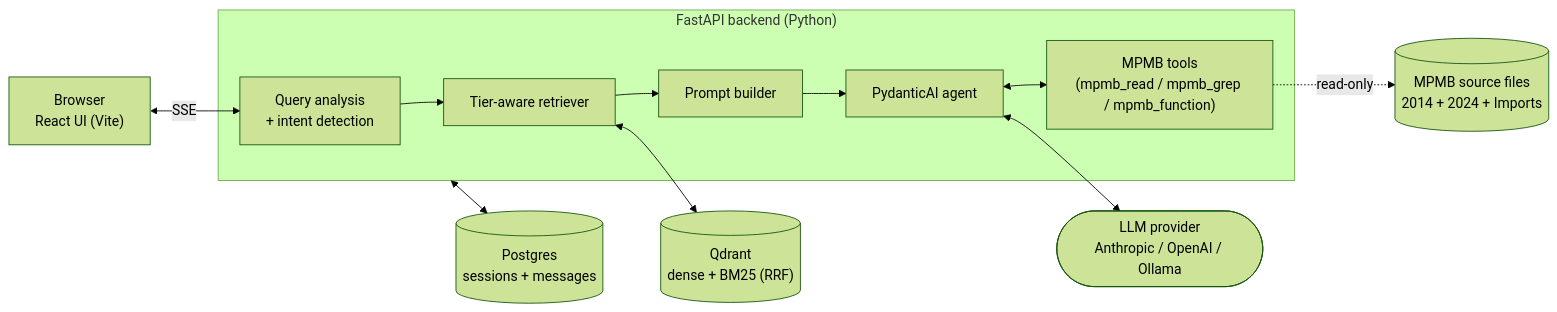
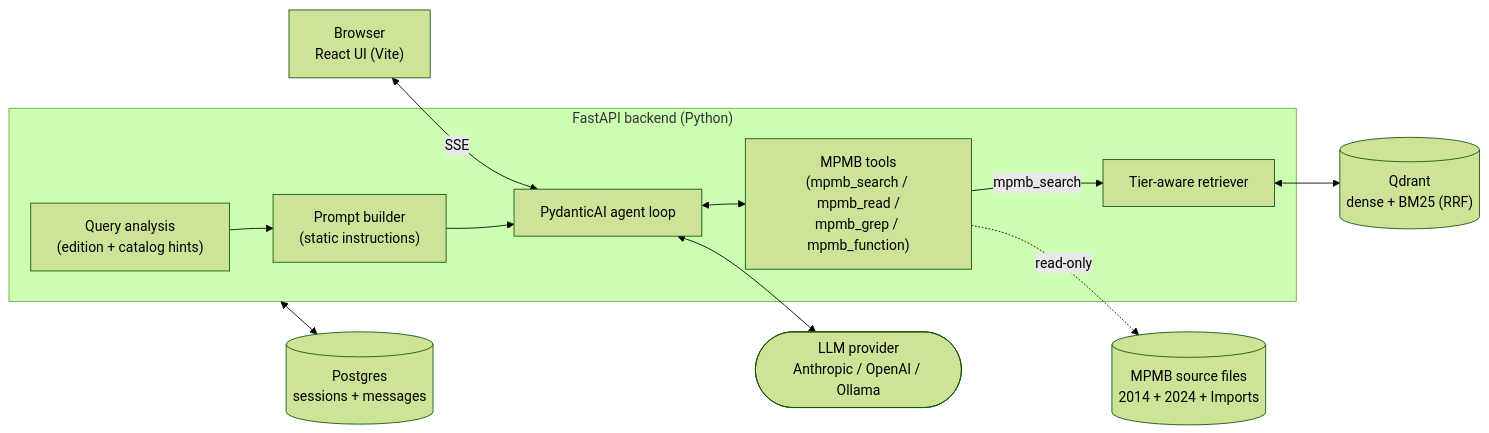
One commit to track507/MPMB-Copilot changed the diagram in README.md. Above: the diagram before and after it, drawn with Mermaid (forest theme). The commit also changed other lines of this file, not shown here.

Commit message:
docs: Update README for agentic retrieval, caching, and roadmap

````diff
--- a/README.md
+++ b/README.md
@@ -91,27 +95,27 @@
 ```mermaid
 flowchart LR
     Browser["Browser<br/>React UI (Vite)"]
 
     subgraph Backend["FastAPI backend (Python)"]
-        QA["Query analysis<br/>+ intent detection"]
+        QA["Query analysis<br/>(edition + catalog hints)"]
+        Prompt["Prompt builder<br/>(static instructions)"]
+        Agent["PydanticAI agent loop"]
+        Tools["MPMB tools<br/>(mpmb_search / mpmb_read /<br/>mpmb_grep / mpmb_function)"]
         Retriever["Tier-aware retriever"]
-        Prompt["Prompt builder"]
-        Agent["PydanticAI agent"]
-        Tools["MPMB tools<br/>(mpmb_read / mpmb_grep / mpmb_function)"]
     end
 
     Qdrant[("Qdrant<br/>dense + BM25 (RRF)")]
     Postgres[("Postgres<br/>sessions + messages")]
     LLM(["LLM provider<br/>Anthropic / OpenAI / Ollama"])
     Sources[("MPMB source files<br/>2014 + 2024 + Imports")]
 
-    Browser <-- SSE --> QA
-    QA --> Retriever
-    Retriever <--> Qdrant
-    Retriever --> Prompt
+    Browser <-- SSE --> Agent
+    QA --> Prompt
     Prompt --> Agent
     Agent <--> LLM
     Agent <--> Tools
+    Tools -- mpmb_search --> Retriever
+    Retriever <--> Qdrant
     Tools -. read-only .-> Sources
     Backend <--> Postgres
 ```
````
